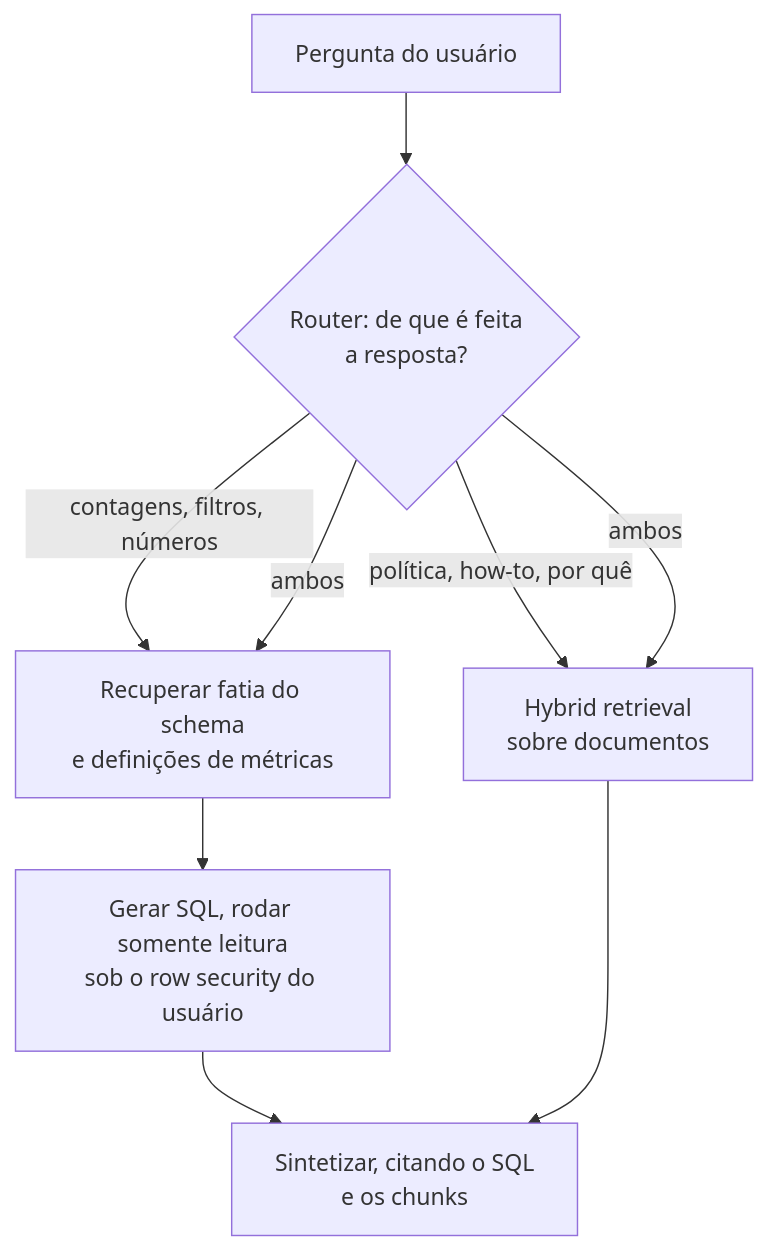
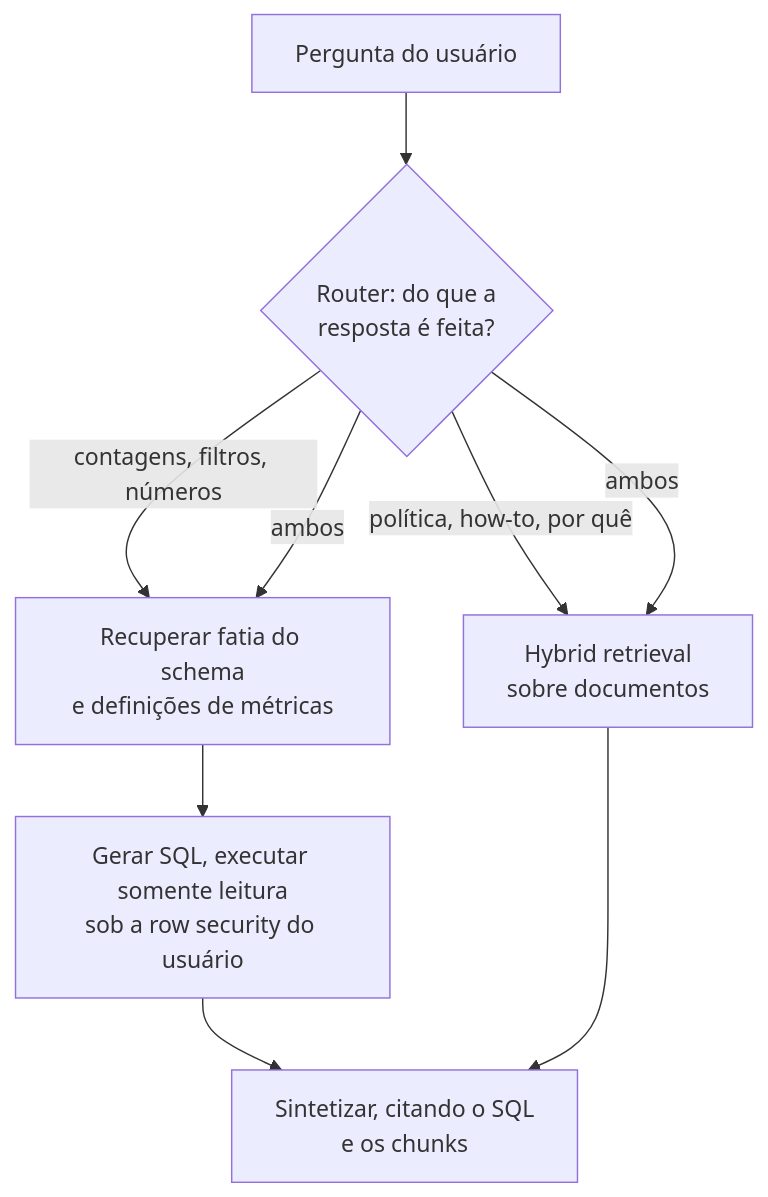
Before and after one commit to andrevberaldo/AI-Engineer-Interview-Questions: diagram 19 of 30 in 04-rag-and-retrieval/questions.pt-BR.md, drawn with Mermaid. The commit also changed other lines of this file and 1 other file, not shown here.

````diff
--- a/04-rag-and-retrieval/questions.pt-BR.md
+++ b/04-rag-and-retrieval/questions.pt-BR.md
@@ -1012,11 +1012,11 @@
 ```mermaid
 flowchart TD
-    Q["Pergunta do usuário"] --> R{"Router: de que é feita<br/>a resposta?"}
+    Q["Pergunta do usuário"] --> R{"Router: do que a<br/>resposta é feita?"}
     R -->|"contagens, filtros, números"| S["Recuperar fatia do schema<br/>e definições de métricas"]
-    S --> X["Gerar SQL, rodar somente leitura<br/>sob o row security do usuário"]
+    S --> X["Gerar SQL, executar somente leitura<br/>sob a row security do usuário"]
     R -->|"política, how-to, por quê"| D["Hybrid retrieval<br/>sobre documentos"]
     R -->|"ambos"| S
     R -->|"ambos"| D
     X --> G["Sintetizar, citando o SQL<br/>e os chunks"]
     D --> G
 ```
````
